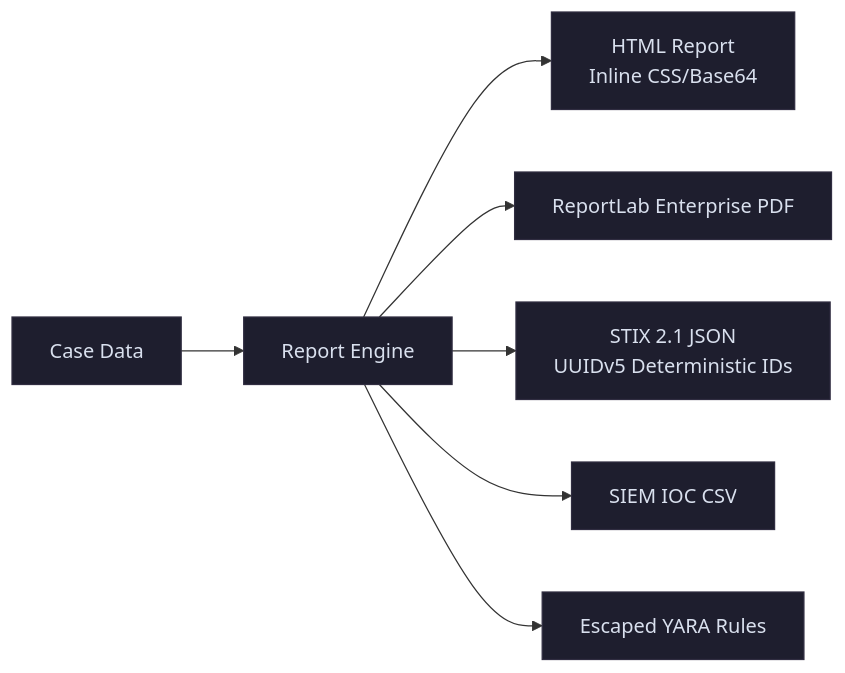
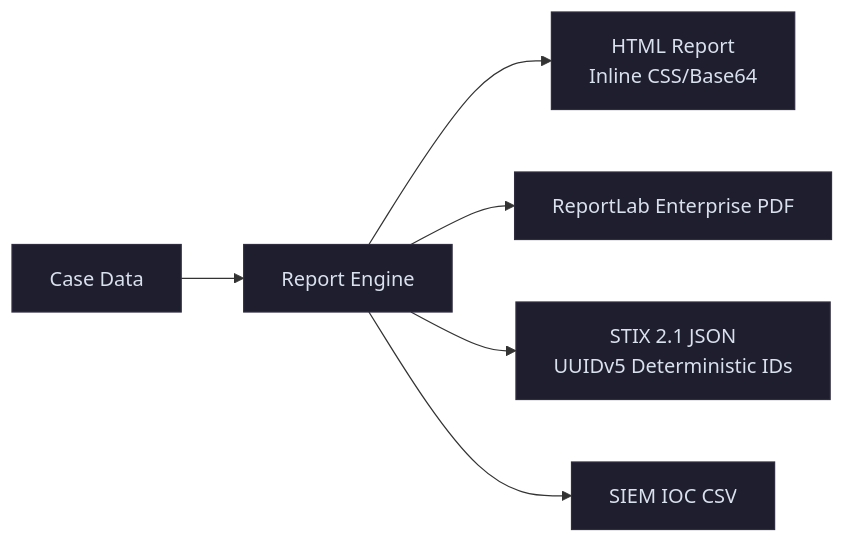
One commit to SanTiwari07/Sudarshan changed the eighth of 11 diagrams in docs/FEATURE.md. Above: the diagram before and after it, drawn with Mermaid. The commit also changed other lines of this file and 3 other files, not shown here.

````diff
--- a/docs/FEATURE.md
+++ b/docs/FEATURE.md
@@ -610,10 +610,10 @@
 ```mermaid
 flowchart LR
     classDef default fill:#1E1E2E,stroke:#302D41,color:#D9E0EE;
     Case[Case Data] --> Generator[Report Engine]
     Generator --> HTML[HTML Report\nInline CSS/Base64]
     Generator --> PDF[ReportLab Enterprise PDF]
     Generator --> STIX[STIX 2.1 JSON\nUUIDv5 Deterministic IDs]
     Generator --> CSV[SIEM IOC CSV]
-    Generator --> YARA[Escaped YARA Rules]
+
 ```
````
